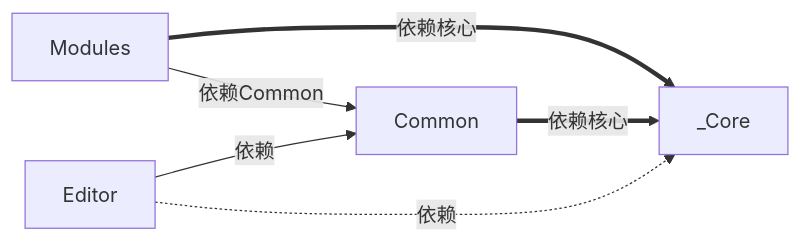
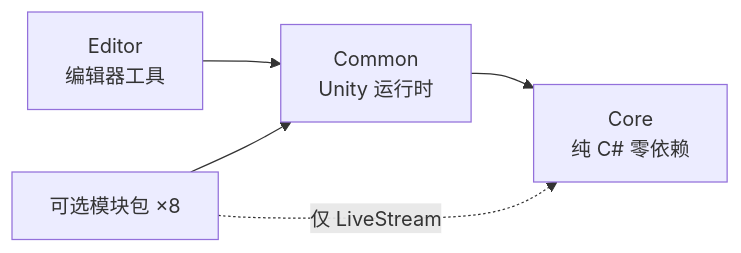
Before and after one commit to Cielevel/AxuFrameKitV2: the diagram in README.md, drawn with Mermaid. The commit also changed other lines of this file and 12 other files, not shown here.

````diff
--- a/README.md
+++ b/README.md
@@ -133,13 +31,12 @@
 ```mermaid
 graph LR
-    A[_Core]
-    B[Common]
-    C[Modules]
-    D[Editor]
+    A["Core<br/>纯 C# 零依赖"]
+    B["Common<br/>Unity 运行时"]
+    E["Editor<br/>编辑器工具"]
+    M["可选模块包 ×8"]
 
-    B ==依赖核心==> A
-    C ==依赖核心==> A
-    C --依赖Common--> B
-    D --依赖--> B
-    D -.依赖.-> A
+    B --> A
+    E --> B
+    M --> B
+    M -.仅 LiveStream.-> A
 ```
````
